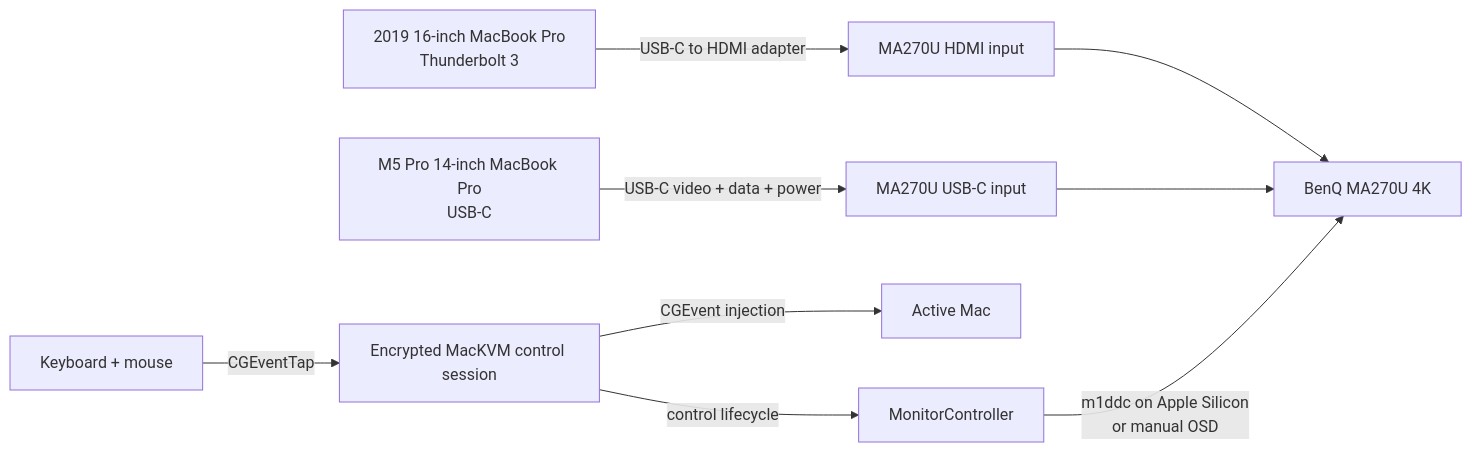
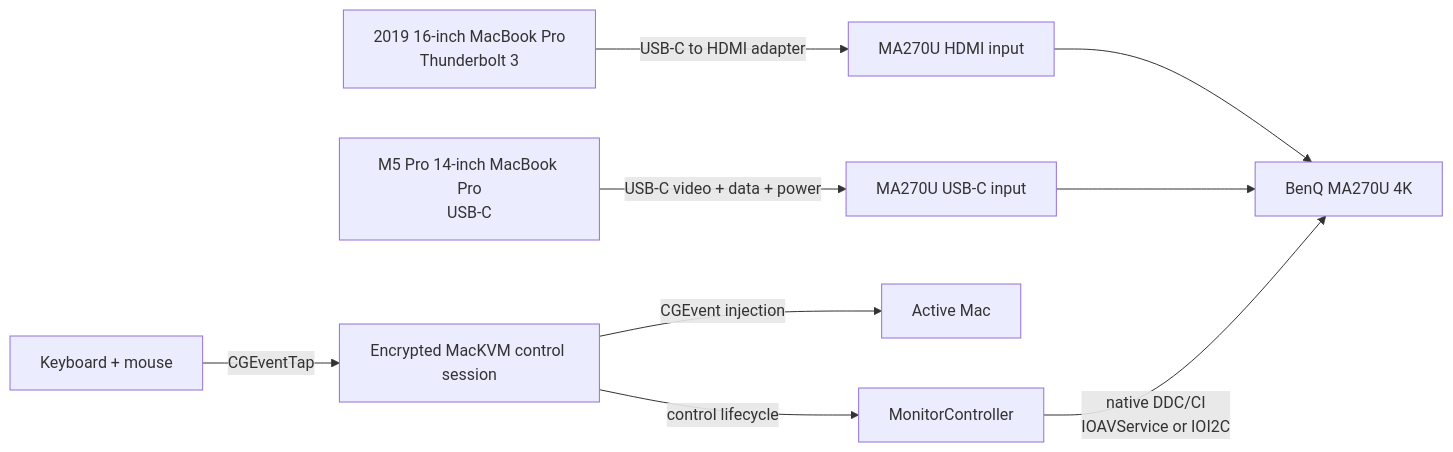
One commit to rudinyu/MacKVM changed the third of 5 diagrams in ARCHITECTURE.md. Above: the diagram before and after it, drawn with Mermaid. The commit also changed other lines of this file and 34 other files, not shown here.

Commit message:
feat: add native cross-architecture DDC switching

````diff
--- a/ARCHITECTURE.md
+++ b/ARCHITECTURE.md
@@ -143,11 +143,11 @@
 ```mermaid
 flowchart LR
     Intel["2019 16-inch MacBook Pro<br/>Thunderbolt 3"] -->|"USB-C to HDMI adapter"| HDMI["MA270U HDMI input"]
     Apple["M5 Pro 14-inch MacBook Pro<br/>USB-C"] -->|"USB-C video + data + power"| USBC["MA270U USB-C input"]
     HDMI --> Monitor["BenQ MA270U 4K"]
     USBC --> Monitor
     Input["Keyboard + mouse"] -->|"CGEventTap"| Control["Encrypted MacKVM control session"]
     Control -->|"CGEvent injection"| Target["Active Mac"]
     Control -->|"control lifecycle"| DDC["MonitorController"]
-    DDC -->|"m1ddc on Apple Silicon<br/>or manual OSD"| Monitor
+    DDC -->|"native DDC/CI<br/>IOAVService or IOI2C"| Monitor
 ```
````
